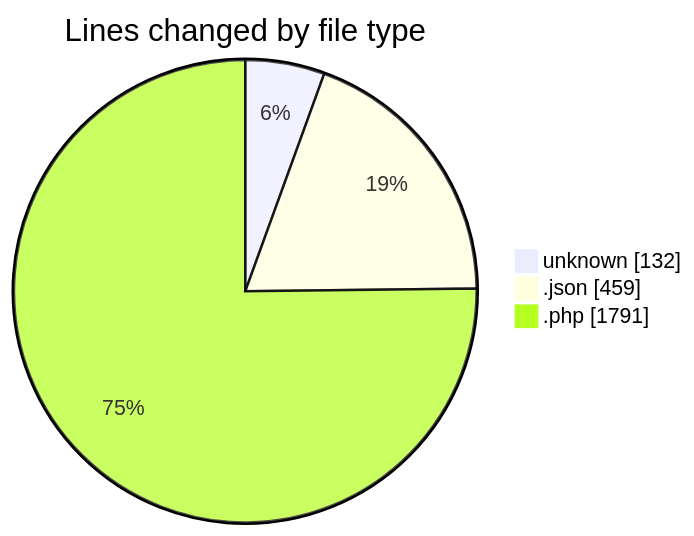
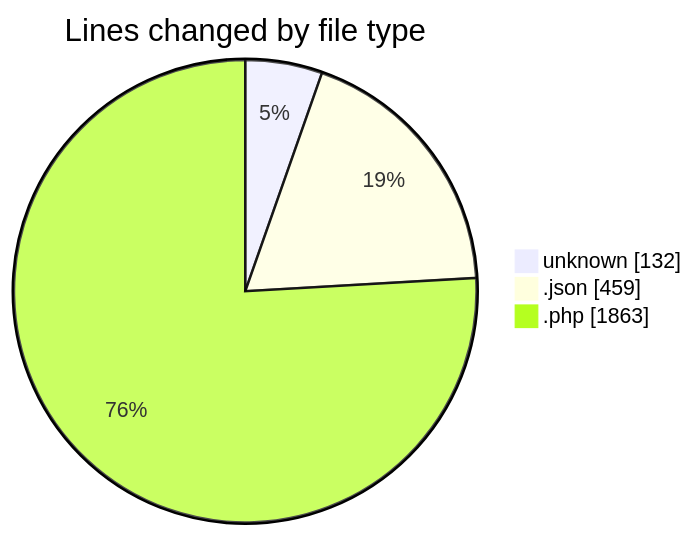
The first of 2 diagrams in 2025-03-26/autodidak/README.md (idhammustaqopulfikri/code-tracking), drawn with Mermaid before and after one commit. The commit also changed other lines of this file and 1 other file, not shown here.

````diff
--- a/2025-03-26/autodidak/README.md
+++ b/2025-03-26/autodidak/README.md
@@ -30,7 +30,7 @@
 ```mermaid
 pie showData
 title Lines changed by file type
 "unknown" : 132
 ".json" : 459
-".php" : 1791
+".php" : 1863
 ```
````
